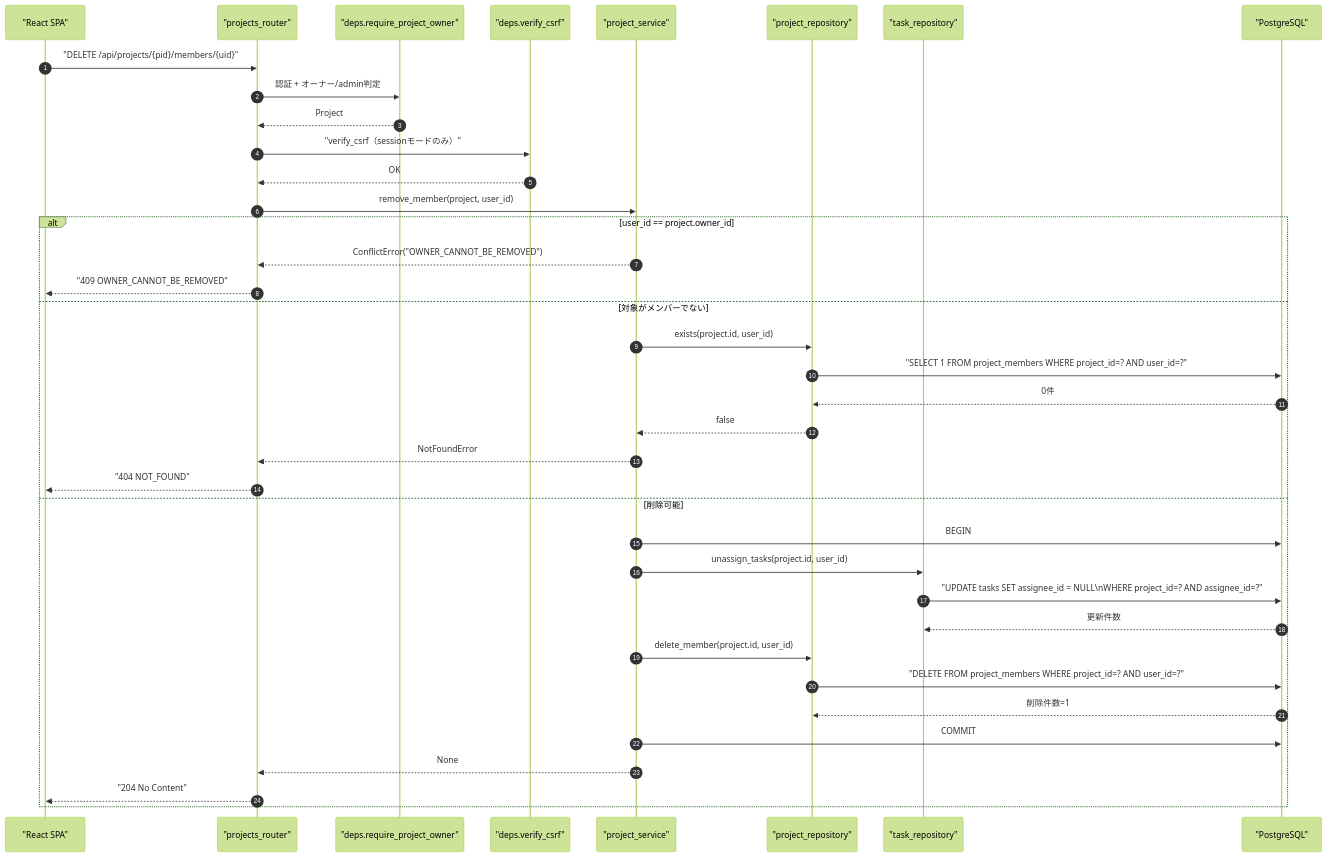
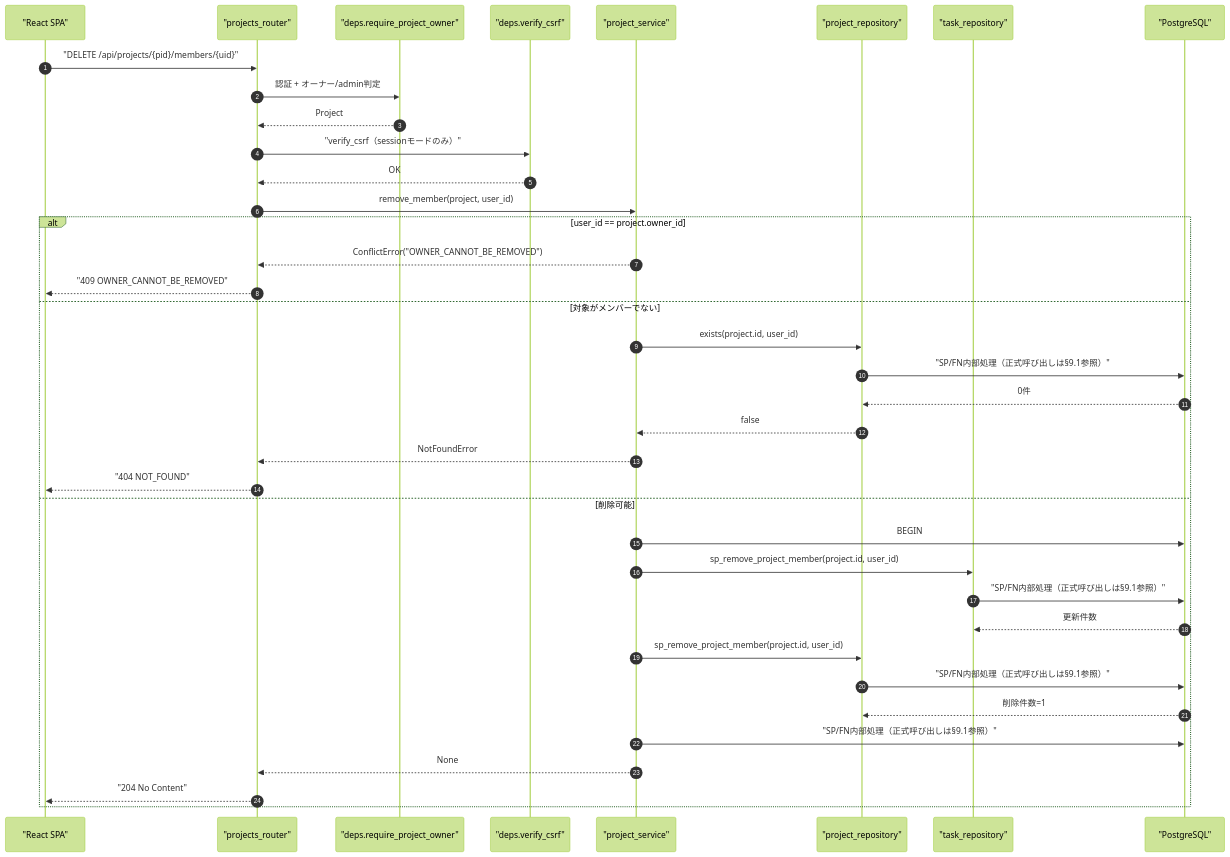
One commit to oikawa-d/task_management changed the first of 4 diagrams in detailed_design/api/projects/09_delete_project_member.md. Above: the diagram before and after it, drawn with Mermaid (forest theme). The commit also changed other lines of this file and 58 other files, not shown here.

````diff
--- a/detailed_design/api/projects/09_delete_project_member.md
+++ b/detailed_design/api/projects/09_delete_project_member.md
@@ -69,41 +69,41 @@
 ```mermaid
 sequenceDiagram
     autonumber
     participant FE as "React SPA"
     participant R as "projects_router"
     participant D as "deps.require_project_owner"
     participant CSRF as "deps.verify_csrf"
     participant S as "project_service"
     participant PR as "project_repository"
     participant TR as "task_repository"
     participant PG as "PostgreSQL"
 
     FE->>R: "DELETE /api/projects/{pid}/members/{uid}"
     R->>D: 認証 + オーナー/admin判定
     D-->>R: Project
     R->>CSRF: "verify_csrf（sessionモードのみ）"
     CSRF-->>R: OK
     R->>S: remove_member(project, user_id)
     alt user_id == project.owner_id
         S-->>R: ConflictError("OWNER_CANNOT_BE_REMOVED")
         R-->>FE: "409 OWNER_CANNOT_BE_REMOVED"
     else 対象がメンバーでない
         S->>PR: exists(project.id, user_id)
-        PR->>PG: "SELECT 1 FROM project_members WHERE project_id=? AND user_id=?"
+        PR->>PG: "SP/FN内部処理（正式呼び出しは§9.1参照）"
         PG-->>PR: 0件
         PR-->>S: false
         S-->>R: NotFoundError
         R-->>FE: "404 NOT_FOUND"
     else 削除可能
         S->>PG: BEGIN
-        S->>TR: unassign_tasks(project.id, user_id)
-        TR->>PG: "UPDATE tasks SET assignee_id = NULL\nWHERE project_id=? AND assignee_id=?"
+        S->>TR: sp_remove_project_member(project.id, user_id)
+        TR->>PG: "SP/FN内部処理（正式呼び出しは§9.1参照）"
         PG-->>TR: 更新件数
-        S->>PR: delete_member(project.id, user_id)
-        PR->>PG: "DELETE FROM project_members WHERE project_id=? AND user_id=?"
+        S->>PR: sp_remove_project_member(project.id, user_id)
+        PR->>PG: "SP/FN内部処理（正式呼び出しは§9.1参照）"
         PG-->>PR: 削除件数=1
-        S->>PG: COMMIT
+        S->>PG: "SP/FN内部処理（正式呼び出しは§9.1参照）"
         S-->>R: None
         R-->>FE: "204 No Content"
     end
 ```
````
